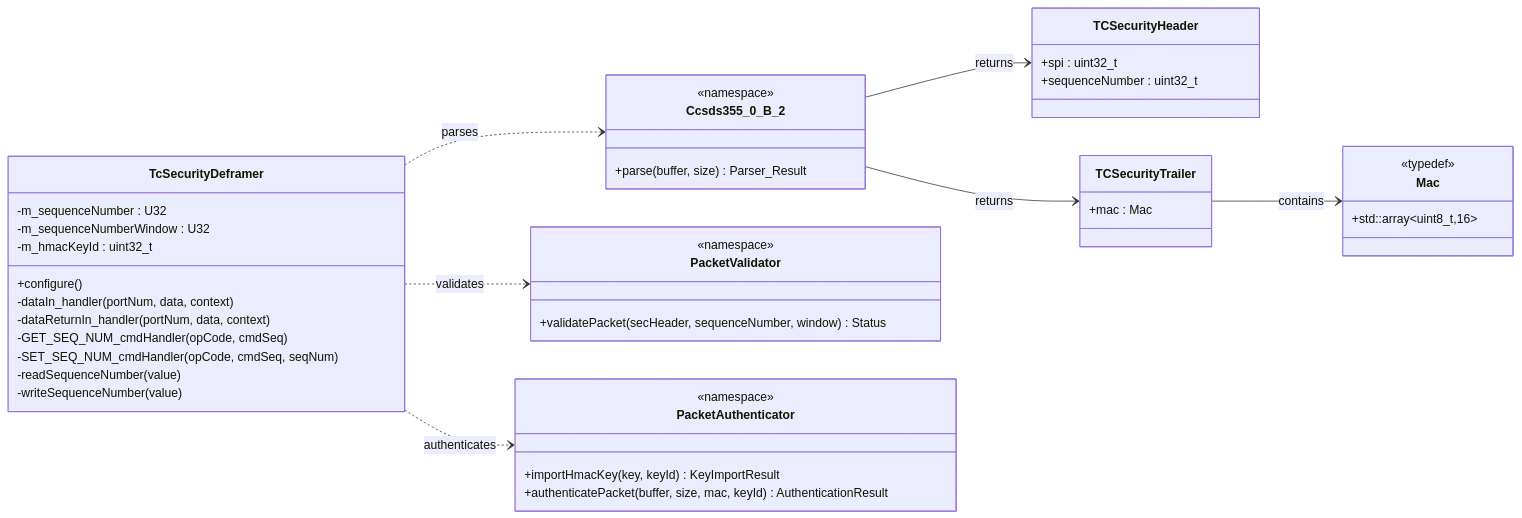
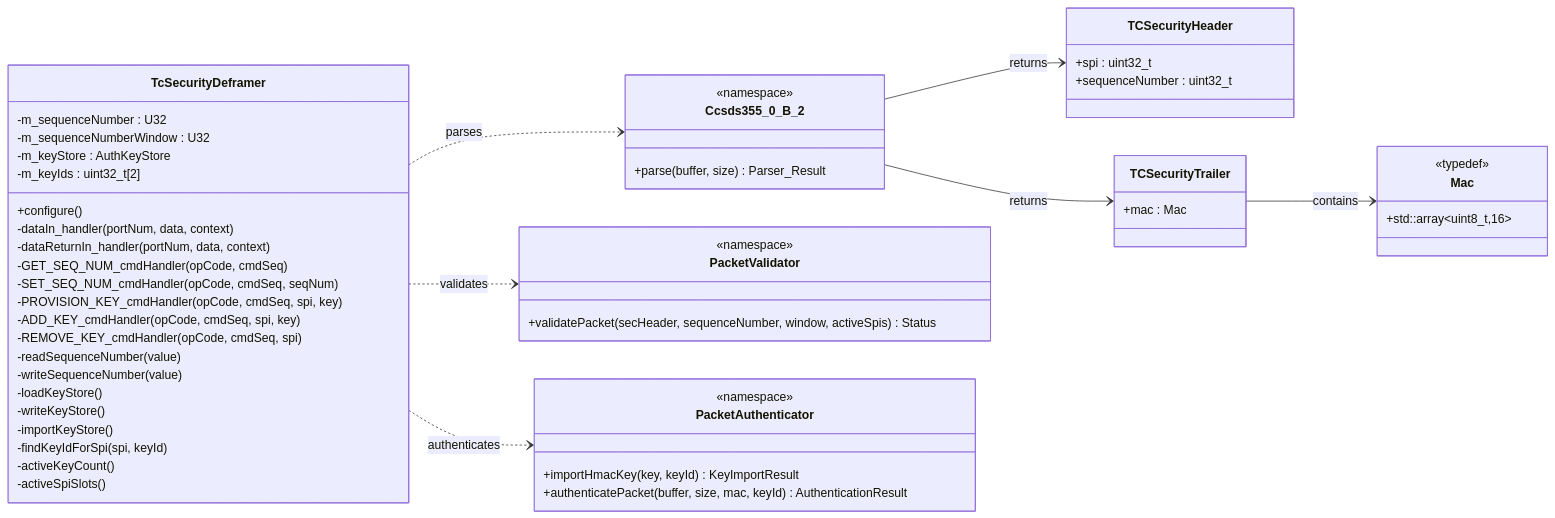
The diagram in PROVESFlightControllerReference/Components/TcSecurityDeframer/docs/sdd.md (Open-Source-Space-Foundation/proves-core-reference), drawn with Mermaid before and after one commit. The commit also changed other lines of this file and 26 other files, not shown here.

First line of the commit message:
Move HMAC auth key off firmware image onto internal-flash key store

````diff
--- a/PROVESFlightControllerReference/Components/TcSecurityDeframer/docs/sdd.md
+++ b/PROVESFlightControllerReference/Components/TcSecurityDeframer/docs/sdd.md
@@ -26,54 +36,64 @@
 ```mermaid
 classDiagram
 direction LR
 
 class TcSecurityDeframer {
   +configure()
   -dataIn_handler(portNum, data, context)
   -dataReturnIn_handler(portNum, data, context)
   -GET_SEQ_NUM_cmdHandler(opCode, cmdSeq)
   -SET_SEQ_NUM_cmdHandler(opCode, cmdSeq, seqNum)
+  -PROVISION_KEY_cmdHandler(opCode, cmdSeq, spi, key)
+  -ADD_KEY_cmdHandler(opCode, cmdSeq, spi, key)
+  -REMOVE_KEY_cmdHandler(opCode, cmdSeq, spi)
   -readSequenceNumber(value)
   -writeSequenceNumber(value)
+  -loadKeyStore()
+  -writeKeyStore()
+  -importKeyStore()
+  -findKeyIdForSpi(spi, keyId)
+  -activeKeyCount()
+  -activeSpiSlots()
   -m_sequenceNumber : U32
   -m_sequenceNumberWindow : U32
-  -m_hmacKeyId : uint32_t
+  -m_keyStore : AuthKeyStore
+  -m_keyIds : uint32_t[2]
 }
 
 class Ccsds355_0_B_2 {
   <<namespace>>
   +parse(buffer, size) Parser_Result
 }
 
 class PacketValidator {
   <<namespace>>
-  +validatePacket(secHeader, sequenceNumber, window) Status
+  +validatePacket(secHeader, sequenceNumber, window, activeSpis) Status
 }
 
 class PacketAuthenticator {
   <<namespace>>
   +importHmacKey(key, keyId) KeyImportResult
   +authenticatePacket(buffer, size, mac, keyId) AuthenticationResult
 }
 
 class TCSecurityHeader {
   +spi : uint32_t
   +sequenceNumber : uint32_t
 }
 
 class TCSecurityTrailer {
   +mac : Mac
 }
 
 class Mac {
   <<typedef>>
   +std::array~uint8_t,16~
 }
 
 TcSecurityDeframer ..> Ccsds355_0_B_2 : parses
 TcSecurityDeframer ..> PacketValidator : validates
 TcSecurityDeframer ..> PacketAuthenticator : authenticates
 Ccsds355_0_B_2 --> TCSecurityHeader : returns
 Ccsds355_0_B_2 --> TCSecurityTrailer : returns
 TCSecurityTrailer --> Mac : contains
 ```
````
